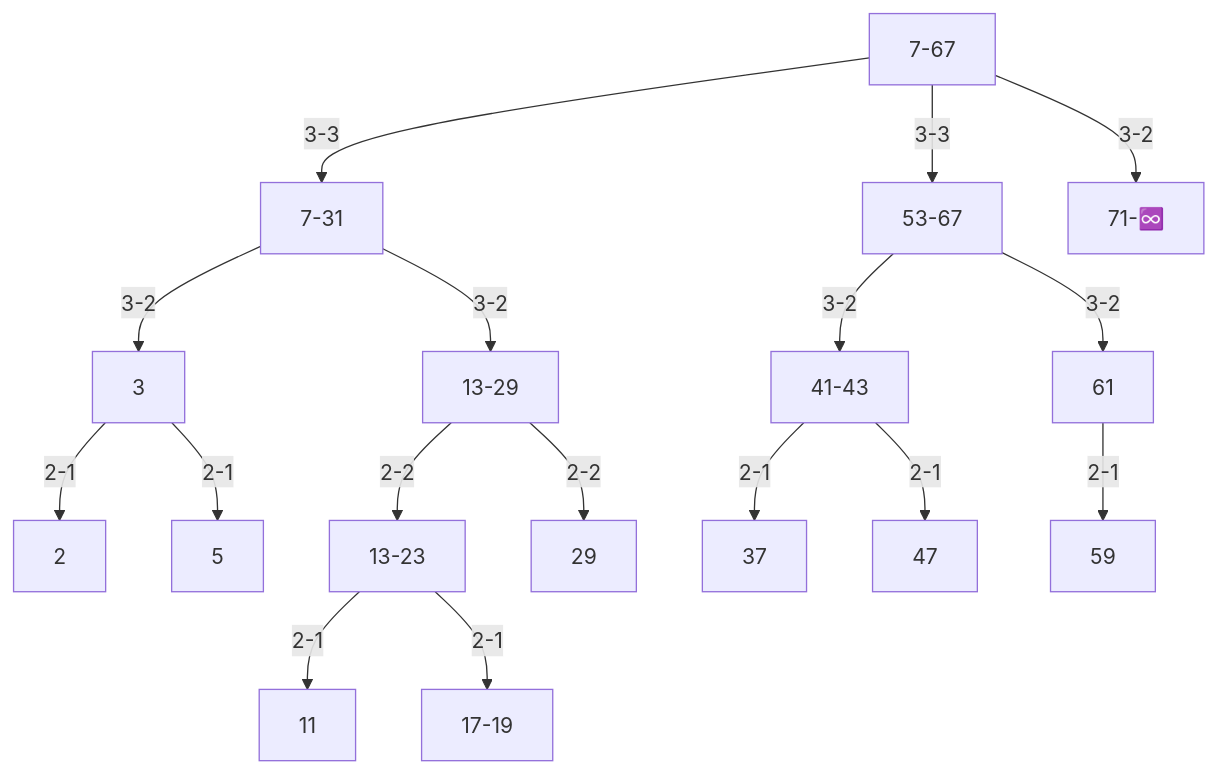
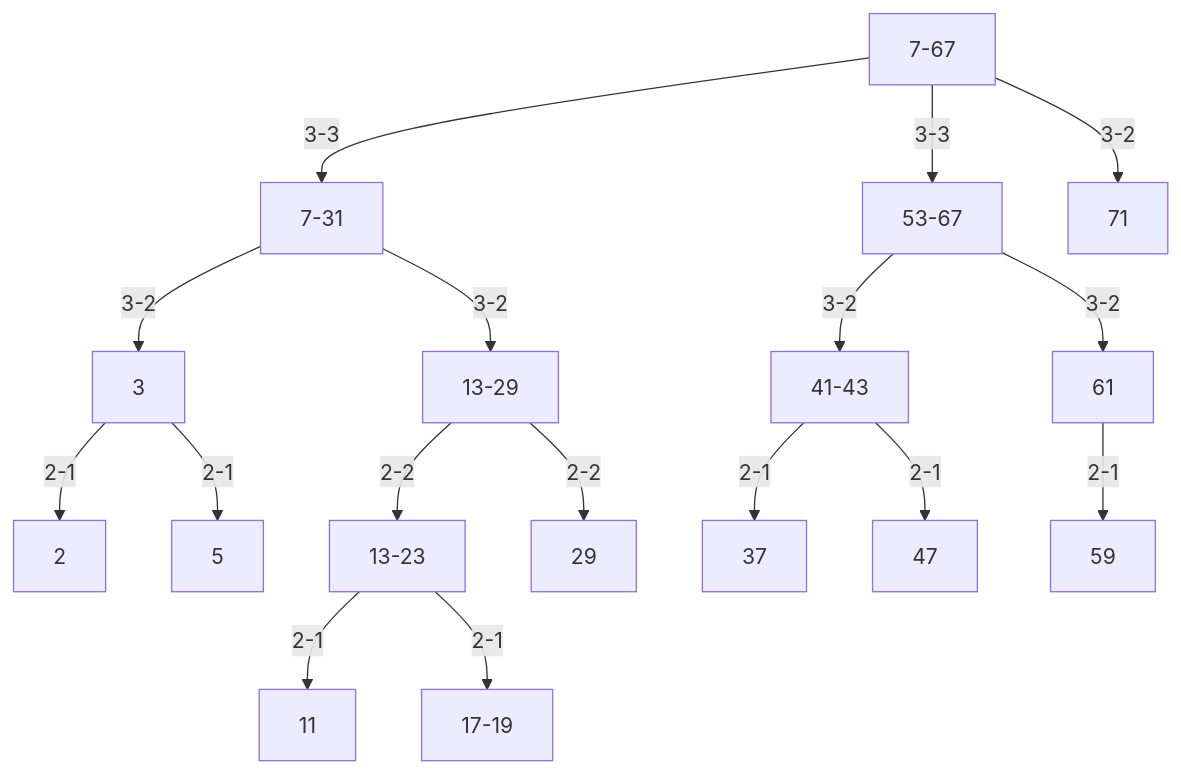
The third of 3 diagrams in README.md (carsonfarmer/geometric-tree), drawn with Mermaid before and after one commit. The commit also changed other lines of this file, not shown here.

Commit message:
chore: fix mermaid diagram

````diff
--- a/README.md
+++ b/README.md
@@ -66,19 +66,19 @@
 ```mermaid
 graph TD;
-  7-67--3-3-->7-31
-  7-31--3-2-->3
-  3--2-1-->2
-  3--2-1-->5
-  7-31--3-2-->13-29
-  13-29--2-2-->13-23
-  13-23--2-1-->11
-  13-23--2-1-->17-19
-  13-29--2-2-->29
-  7-67--3-3-->53-67
-  53-67--3-2-->41-43
-  41-43--2-1-->37
-  41-43--2-1-->47
-  53-67--3-2-->61
-  61--2-1-->59
-  7-67--3-2-->71-[71-♾️]
+7-67--3-3-->7-31
+7-31--3-2-->3
+3--2-1-->2
+3--2-1-->5
+7-31--3-2-->13-29
+13-29--2-2-->13-23
+13-23--2-1-->11
+13-23--2-1-->17-19
+13-29--2-2-->29
+7-67--3-3-->53-67
+53-67--3-2-->41-43
+41-43--2-1-->37
+41-43--2-1-->47
+53-67--3-2-->61
+61--2-1-->59
+7-67--3-2-->71-[71]
 ```
````
